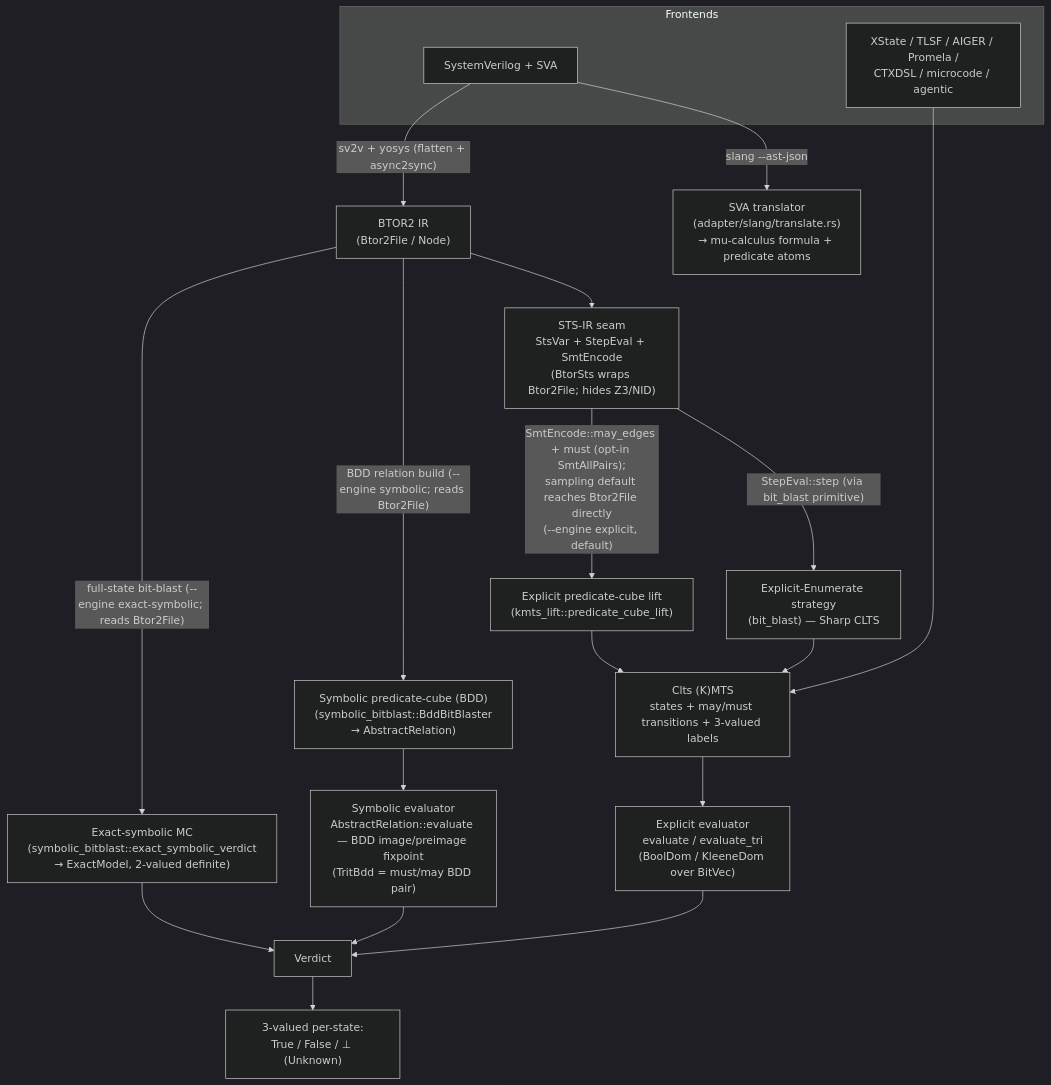
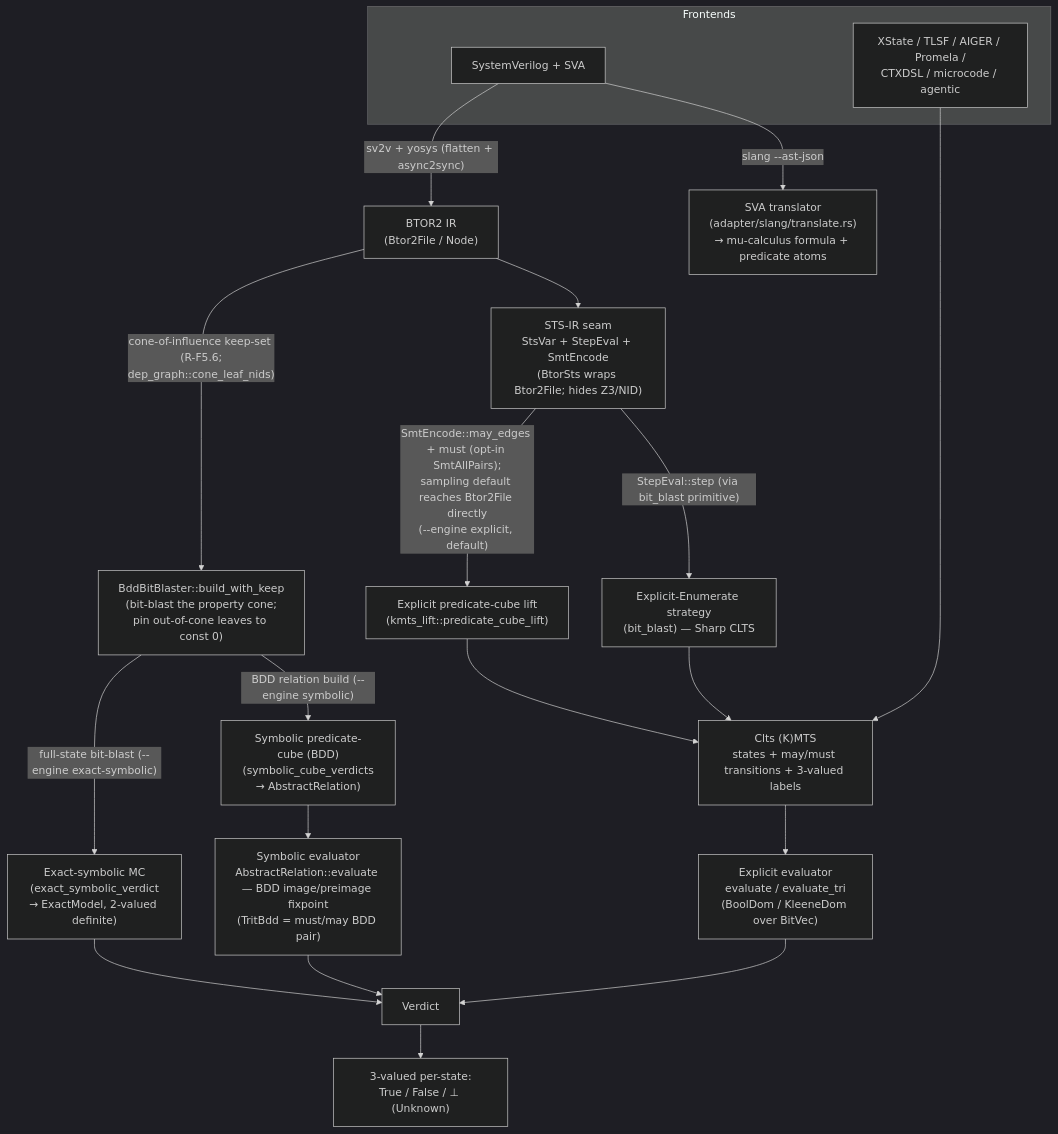
One commit to vscorza/mununu changed the second of 13 diagrams in docs/design/post-rf5-architecture.md. Above: the diagram before and after it, drawn with Mermaid (dark theme). The commit also changed other lines of this file, not shown here.

First line of the commit message:
docs(architecture): R-F5.6 shipped + per-engine operation-mode diagrams

````diff
--- a/docs/design/post-rf5-architecture.md
+++ b/docs/design/post-rf5-architecture.md
@@ -61,31 +64,32 @@
 ```mermaid
 flowchart TD
   subgraph FE["Frontends"]
     SV["SystemVerilog + SVA"]
     OTH["XState / TLSF / AIGER / Promela /<br/>CTXDSL / microcode / agentic"]
   end
 
   SV -->|"slang --ast-json"| TR["SVA translator<br/>(adapter/slang/translate.rs)<br/>→ mu-calculus formula + predicate atoms"]
   SV -->|"sv2v + yosys (flatten + async2sync)"| B2["BTOR2 IR<br/>(Btor2File / Node)"]
 
   B2 --> STS["STS-IR seam<br/>StsVar + StepEval + SmtEncode<br/>(BtorSts wraps Btor2File; hides Z3/NID)"]
 
   STS -->|"StepEval::step (via bit_blast primitive)"| ENUM["Explicit-Enumerate strategy<br/>(bit_blast) — Sharp CLTS"]
   STS -->|"SmtEncode::may_edges + must (opt-in SmtAllPairs);<br/>sampling default reaches Btor2File directly<br/>(--engine explicit, default)"| CUBE["Explicit predicate-cube lift<br/>(kmts_lift::predicate_cube_lift)"]
-  B2 -->|"BDD relation build (--engine symbolic; reads Btor2File)"| SYM["Symbolic predicate-cube (BDD)<br/>(symbolic_bitblast::BddBitBlaster<br/>→ AbstractRelation)"]
-  B2 -->|"full-state bit-blast (--engine exact-symbolic; reads Btor2File)"| EXACT["Exact-symbolic MC<br/>(symbolic_bitblast::exact_symbolic_verdict<br/>→ ExactModel, 2-valued definite)"]
+  B2 -->|"cone-of-influence keep-set (R-F5.6;<br/>dep_graph::cone_leaf_nids)"| COI["BddBitBlaster::build_with_keep<br/>(bit-blast the property cone;<br/>pin out-of-cone leaves to const 0)"]
+  COI -->|"BDD relation build (--engine symbolic)"| SYM["Symbolic predicate-cube (BDD)<br/>(symbolic_cube_verdicts<br/>→ AbstractRelation)"]
+  COI -->|"full-state bit-blast (--engine exact-symbolic)"| EXACT["Exact-symbolic MC<br/>(exact_symbolic_verdict<br/>→ ExactModel, 2-valued definite)"]
 
   ENUM --> CLTS["Clts (K)MTS<br/>states + may/must transitions + 3-valued labels"]
   CUBE --> CLTS
 
   CLTS --> EVX["Explicit evaluator<br/>evaluate / evaluate_tri<br/>(BoolDom / KleeneDom over BitVec)"]
   SYM --> EVS["Symbolic evaluator<br/>AbstractRelation::evaluate — BDD image/preimage fixpoint<br/>(TritBdd = must/may BDD pair)"]
 
   OTH --> CLTS
 
   EVX --> V["Verdict"]
   EVS --> V
   EXACT --> V
 
   V --> VA["3-valued per-state:<br/>True / False / ⊥ (Unknown)"]
 ```
````
